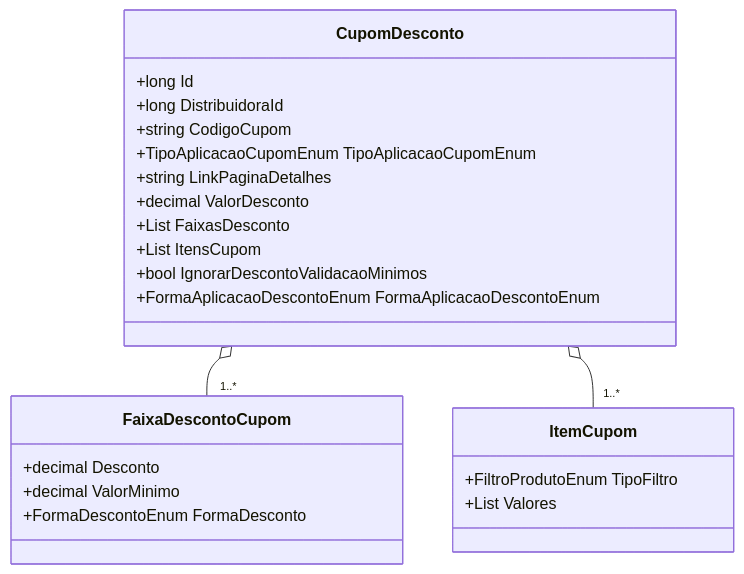
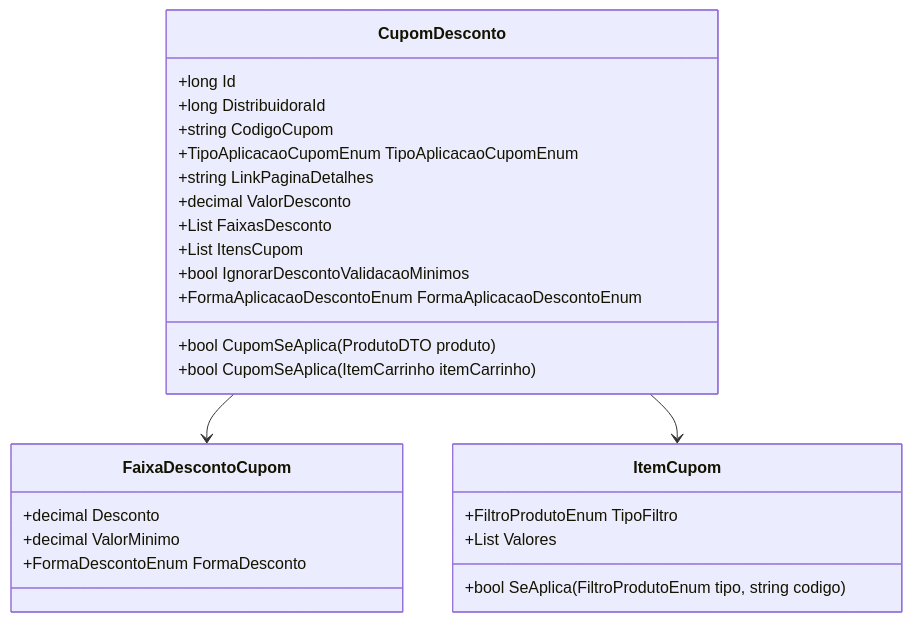
Before and after one commit to IsthmusSistemas/documentacao-tecnica: the third of 3 diagrams in docs/b2b-dominio/IsthmusWinthor.Nucleo/IsthmusWinthor.Dominio/POCO/CupomDesconto.md, drawn with Mermaid. The commit also changed other lines of this file and 882 other files, not shown here.

````diff
--- a/docs/b2b-dominio/IsthmusWinthor.Nucleo/IsthmusWinthor.Dominio/POCO/CupomDesconto.md
+++ b/docs/b2b-dominio/IsthmusWinthor.Nucleo/IsthmusWinthor.Dominio/POCO/CupomDesconto.md
@@ -65,29 +54,32 @@
 ```mermaid
 classDiagram
     class CupomDesconto {
         +long Id
         +long DistribuidoraId
         +string CodigoCupom
         +TipoAplicacaoCupomEnum TipoAplicacaoCupomEnum
         +string LinkPaginaDetalhes
         +decimal ValorDesconto
         +List<FaixaDescontoCupom> FaixasDesconto
         +List<ItemCupom> ItensCupom
         +bool IgnorarDescontoValidacaoMinimos
         +FormaAplicacaoDescontoEnum FormaAplicacaoDescontoEnum
+        +bool CupomSeAplica(ProdutoDTO produto)
+        +bool CupomSeAplica(ItemCarrinho itemCarrinho)
     }
 
     class FaixaDescontoCupom {
         +decimal Desconto
         +decimal ValorMinimo
         +FormaDescontoEnum FormaDesconto
     }
 
     class ItemCupom {
         +FiltroProdutoEnum TipoFiltro
         +List<string> Valores
+        +bool SeAplica(FiltroProdutoEnum tipo, string codigo)
     }
 
-    CupomDesconto o-- "1..*" FaixaDescontoCupom
-    CupomDesconto o-- "1..*" ItemCupom
+    CupomDesconto --> FaixaDescontoCupom
+    CupomDesconto --> ItemCupom
 ```
````
